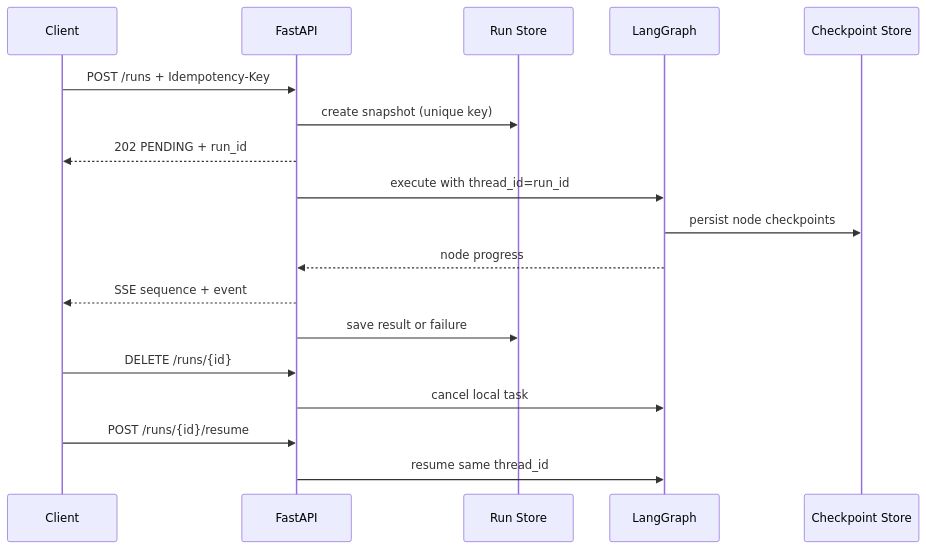
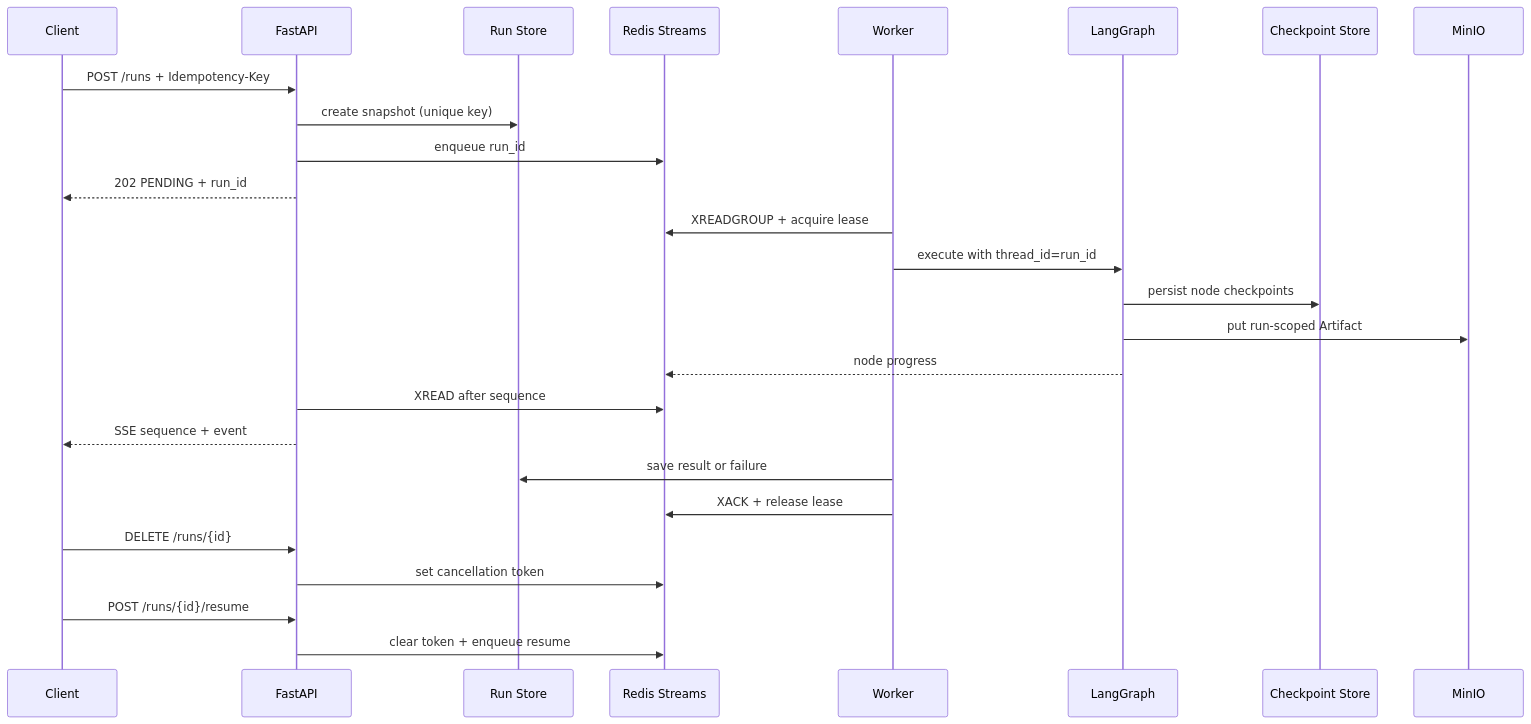
Before and after one commit to luxiaohongzb/research-agent-python-lab: the diagram in docs/production-workbench.md, drawn with Mermaid. The commit also changed other lines of this file and 21 other files, not shown here.

````diff
--- a/docs/production-workbench.md
+++ b/docs/production-workbench.md
@@ -9,20 +9,28 @@
 ```mermaid
 sequenceDiagram
     participant C as Client
     participant A as FastAPI
     participant R as Run Store
+    participant Q as Redis Streams
+    participant W as Worker
     participant G as LangGraph
     participant P as Checkpoint Store
+    participant S as MinIO
     C->>A: POST /runs + Idempotency-Key
     A->>R: create snapshot (unique key)
+    A->>Q: enqueue run_id
     A-->>C: 202 PENDING + run_id
-    A->>G: execute with thread_id=run_id
+    W->>Q: XREADGROUP + acquire lease
+    W->>G: execute with thread_id=run_id
     G->>P: persist node checkpoints
-    G-->>A: node progress
+    G->>S: put run-scoped Artifact
+    G-->>Q: node progress
+    A->>Q: XREAD after sequence
     A-->>C: SSE sequence + event
-    A->>R: save result or failure
+    W->>R: save result or failure
+    W->>Q: XACK + release lease
     C->>A: DELETE /runs/{id}
-    A->>G: cancel local task
+    A->>Q: set cancellation token
     C->>A: POST /runs/{id}/resume
-    A->>G: resume same thread_id
+    A->>Q: clear token + enqueue resume
 ```
````
